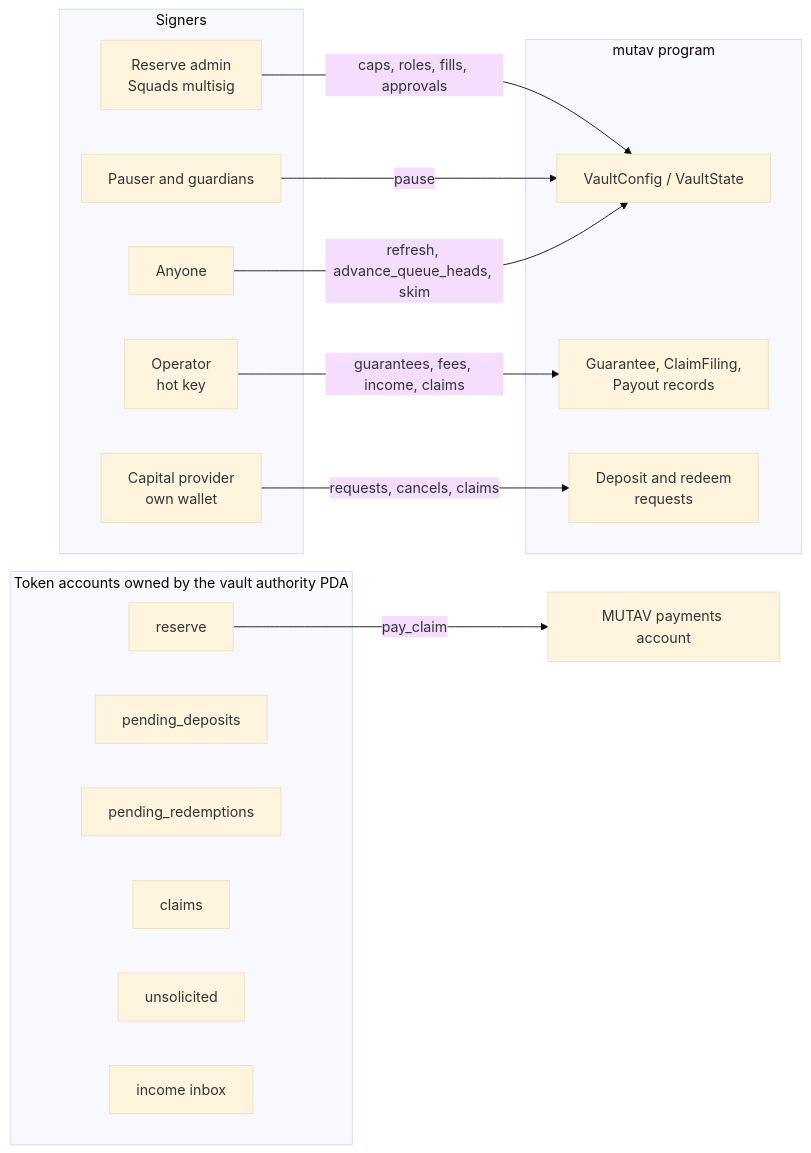
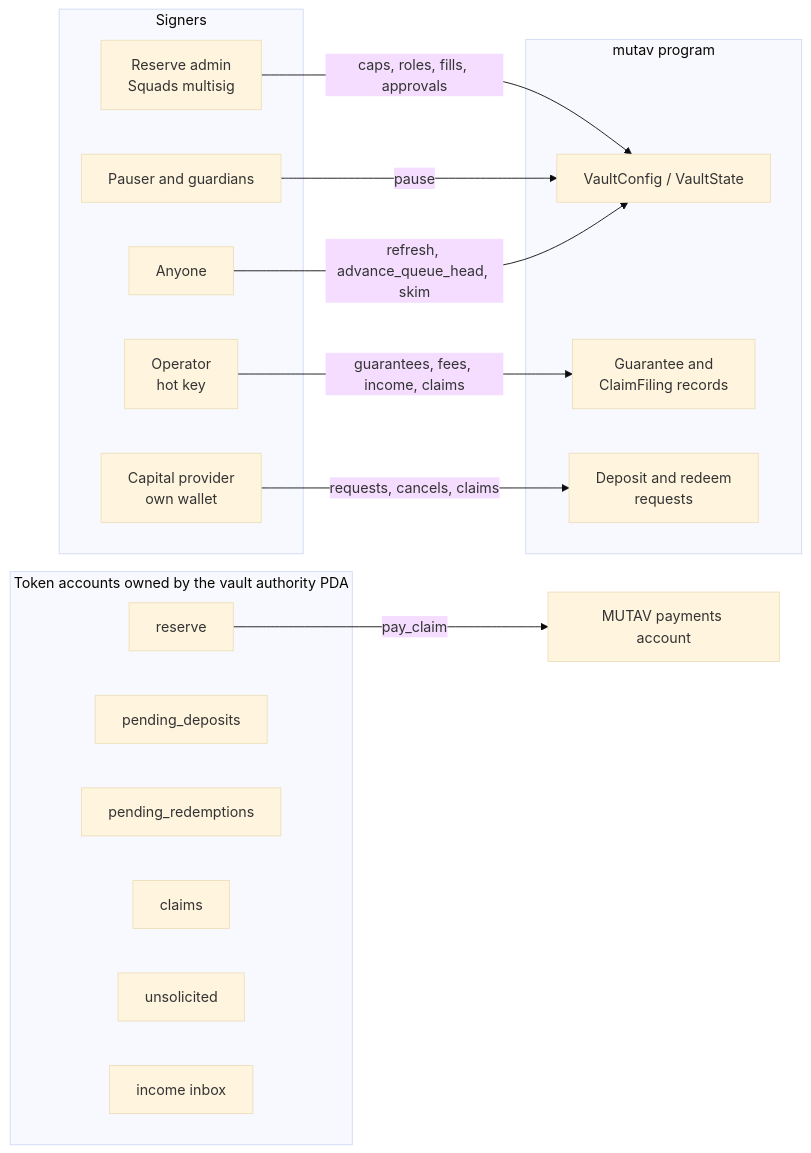
Before and after one commit to mutav-finance/mutav-protocol-solana: the diagram in docs/technical-resources/README.md, drawn with Mermaid (base theme). The commit also changed other lines of this file and 41 other files, not shown here.

````diff
--- a/docs/technical-resources/README.md
+++ b/docs/technical-resources/README.md
@@ -22,29 +22,29 @@
 ```mermaid
 flowchart LR
   subgraph Signers
     A[Reserve admin<br/>Squads multisig]
     O[Operator<br/>hot key]
     P[Pauser and guardians]
     I[Capital provider<br/>own wallet]
     X[Anyone]
   end
   subgraph Program["mutav program"]
     C[VaultConfig / VaultState]
-    G[Guarantee, ClaimFiling,<br/>Payout records]
+    G[Guarantee and<br/>ClaimFiling records]
     Q[Deposit and redeem<br/>requests]
   end
   subgraph Accounts["Token accounts owned by the vault authority PDA"]
     R[reserve]
     PD[pending_deposits]
     PR[pending_redemptions]
     CL[claims]
     U[unsolicited]
     IN[income inbox]
   end
   A -->|caps, roles, fills, approvals| C
   O -->|guarantees, fees, income, claims| G
   P -->|pause| C
   I -->|requests, cancels, claims| Q
-  X -->|refresh, advance_queue_heads, skim| C
+  X -->|refresh, advance_queue_head, skim| C
   R -->|pay_claim| PAY[MUTAV payments account]
 ```
````
